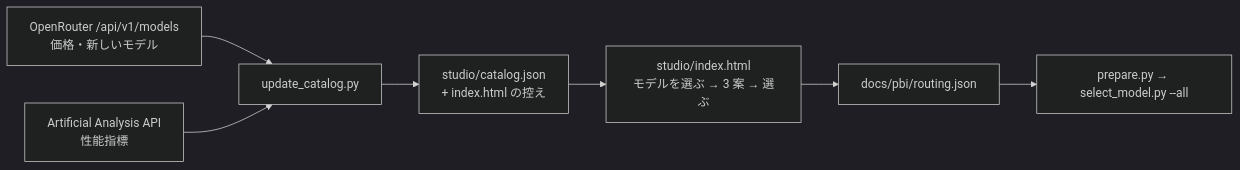
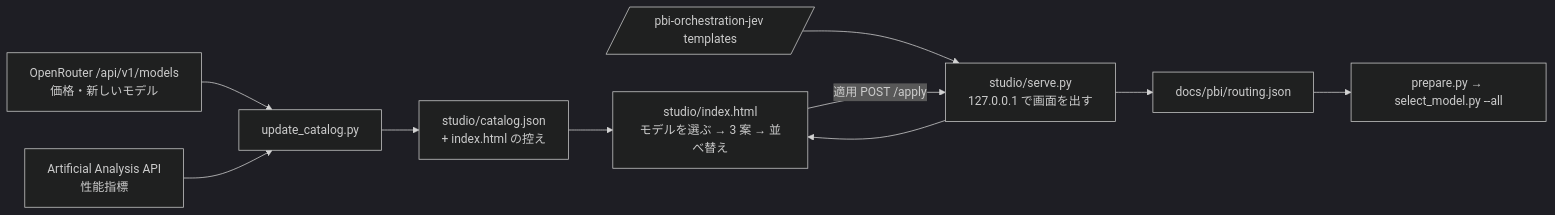
The diagram in docs/template-studio.md (reeschan/atelier), drawn with Mermaid (dark theme) before and after one commit. The commit also changed other lines of this file and 11 other files, not shown here.

First line of the commit message:
Apply a template from the studio page through a local server

````diff
--- a/docs/template-studio.md
+++ b/docs/template-studio.md
@@ -11,9 +11,12 @@
 ```mermaid
 flowchart LR
   OR[OpenRouter /api/v1/models<br/>価格・新しいモデル] --> U[update_catalog.py]
   AA[Artificial Analysis API<br/>性能指標] --> U
   U --> C[studio/catalog.json<br/>+ index.html の控え]
-  C --> S[studio/index.html<br/>モデルを選ぶ → 3 案 → 選ぶ]
-  S --> R[docs/pbi/routing.json]
+  C --> S[studio/index.html<br/>モデルを選ぶ → 3 案 → 並べ替え]
+  K[/pbi-orchestration-jev templates/] --> V[studio/serve.py<br/>127.0.0.1 で画面を出す]
+  V --> S
+  S -->|適用 POST /apply| V
+  V --> R[docs/pbi/routing.json]
   R --> P[prepare.py → select_model.py --all]
 ```
````
